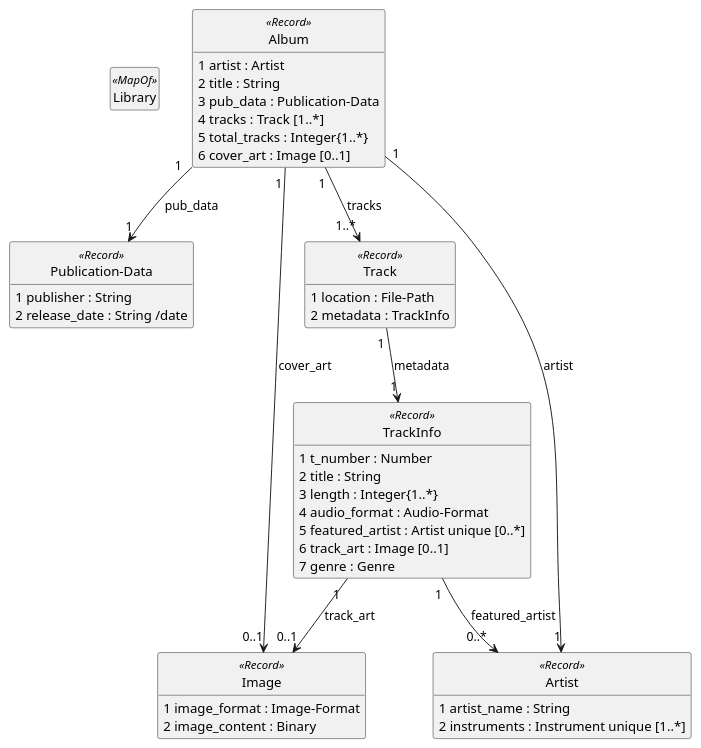
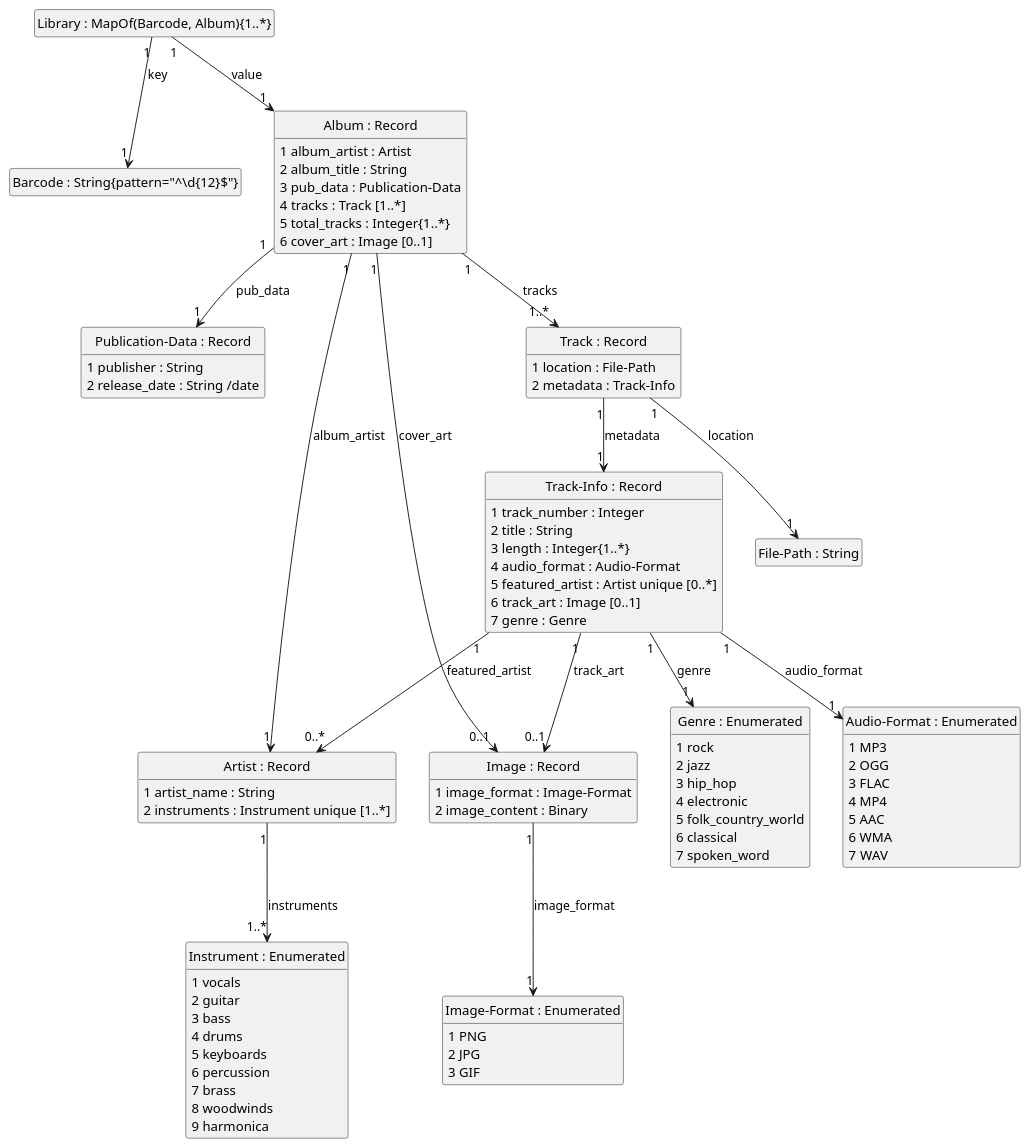
Before and after one commit to oasis-tcs/openc2-jadn-im: the diagram in schemas/music-library-v1_1.puml, drawn with PlantUML. The commit also changed 5 other files, not shown here.

Commit message:
minor updates to v1.1 Music Lib schema

```diff
--- a/schemas/music-library-v1_1.puml
+++ b/schemas/music-library-v1_1.puml
@@ -1,48 +8,91 @@
 @startuml
-' title: Music Library
-' package: http://fake-audio.org/music-lib
-' version: 1.1
-' description: This information model defines a library of audio tracks, organized by album, with associated metadata regarding each track. It is modeled on the types of library data maintained by common websites and music file tag editors.
-' license: CC0-1.0
-' exports: ['Library']
+  ' !theme spacelab
+  hide empty members
+  hide circle
 
-' !theme spacelab
-hide empty members
-hide circle
+class "Library : MapOf(Barcode, Album){1..*}" as n0
 
-class "Library" as n0 <<MapOf>>
-class "Album" as n2 <<Record>>
-  n2 : 1 artist : Artist
-  n2 : 2 title : String
-  n2 : 3 pub_data : Publication-Data
-  n2 : 4 tracks : Track [1..*]
-  n2 : 5 total_tracks : Integer{1..*}
-  n2 : 6 cover_art : Image [0..1]
-class "Publication-Data" as n3 <<Record>>
-  n3 : 1 publisher : String
-  n3 : 2 release_date : String /date
-class "Image" as n4 <<Record>>
-  n4 : 1 image_format : Image-Format
-  n4 : 2 image_content : Binary
-class "Artist" as n6 <<Record>>
-  n6 : 1 artist_name : String
-  n6 : 2 instruments : Instrument unique [1..*]
-class "Track" as n8 <<Record>>
-  n8 : 1 location : File-Path
-  n8 : 2 metadata : TrackInfo
-class "TrackInfo" as n9 <<Record>>
-  n9 : 1 t_number : Number
-  n9 : 2 title : String
-  n9 : 3 length : Integer{1..*}
-  n9 : 4 audio_format : Audio-Format
-  n9 : 5 featured_artist : Artist unique [0..*]
-  n9 : 6 track_art : Image [0..1]
-  n9 : 7 genre : Genre
-  n2 "1 "--> "1" n6 : artist
-  n2 "1 "--> "1" n3 : pub_data
-  n2 "1 "--> "1..*" n8 : tracks
-  n2 "1 "--> "0..1" n4 : cover_art
-  n8 "1 "--> "1" n9 : metadata
-  n9 "1 "--> "0..*" n6 : featured_artist
-  n9 "1 "--> "0..1" n4 : track_art
+class "Barcode : String{pattern="^\d{12}$"}" as n1
+class "Album : Record" as n2
+  n2 : 1 album_artist : {field} Artist
+  n2 : 2 album_title : {field} String
+  n2 : 3 pub_data : {field} Publication-Data
+  n2 : 4 tracks : {field} Track [1..*]
+  n2 : 5 total_tracks : {field} Integer{1..*}
+  n2 : 6 cover_art : {field} Image [0..1]
+
+class "Publication-Data : Record" as n3
+  n3 : 1 publisher : {field} String
+  n3 : 2 release_date : {field} String /date
+
+class "Image : Record" as n4
+  n4 : 1 image_format : {field} Image-Format
+  n4 : 2 image_content : {field} Binary
+
+class "Image-Format : Enumerated" as n5
+  n5 : 1 PNG
+  n5 : 2 JPG
+  n5 : 3 GIF
+
+class "Artist : Record" as n6
+  n6 : 1 artist_name : {field} String
+  n6 : 2 instruments : {field} Instrument unique [1..*]
+
+class "Instrument : Enumerated" as n7
+  n7 : 1 vocals
+  n7 : 2 guitar
+  n7 : 3 bass
+  n7 : 4 drums
+  n7 : 5 keyboards
+  n7 : 6 percussion
+  n7 : 7 brass
+  n7 : 8 woodwinds
+  n7 : 9 harmonica
+
+class "Track : Record" as n8
+  n8 : 1 location : {field} File-Path
+  n8 : 2 metadata : {field} Track-Info
+
+class "Track-Info : Record" as n9
+  n9 : 1 track_number : {field} Integer
+  n9 : 2 title : {field} String
+  n9 : 3 length : {field} Integer{1..*}
+  n9 : 4 audio_format : {field} Audio-Format
+  n9 : 5 featured_artist : {field} Artist unique [0..*]
+  n9 : 6 track_art : {field} Image [0..1]
+  n9 : 7 genre : {field} Genre
+
+class "Audio-Format : Enumerated" as n10
+  n10 : 1 MP3
+  n10 : 2 OGG
+  n10 : 3 FLAC
+  n10 : 4 MP4
+  n10 : 5 AAC
+  n10 : 6 WMA
+  n10 : 7 WAV
+
+class "Genre : Enumerated" as n11
+  n11 : 1 rock
+  n11 : 2 jazz
+  n11 : 3 hip_hop
+  n11 : 4 electronic
+  n11 : 5 folk_country_world
+  n11 : 6 classical
+  n11 : 7 spoken_word
+
+class "File-Path : String" as n12
+  n0 "1" --> "1" n1 : key
+  n0 "1" --> "1" n2 : value
+  n2 "1" --> "1" n6 : album_artist
+  n2 "1" --> "1" n3 : pub_data
+  n2 "1" --> "1..*" n8 : tracks
+  n2 "1" --> "0..1" n4 : cover_art
+  n4 "1" --> "1" n5 : image_format
+  n6 "1" --> "1..*" n7 : instruments
+  n8 "1" --> "1" n12 : location
+  n8 "1" --> "1" n9 : metadata
+  n9 "1" --> "1" n10 : audio_format
+  n9 "1" --> "0..*" n6 : featured_artist
+  n9 "1" --> "0..1" n4 : track_art
+  n9 "1" --> "1" n11 : genre
 @enduml
```
